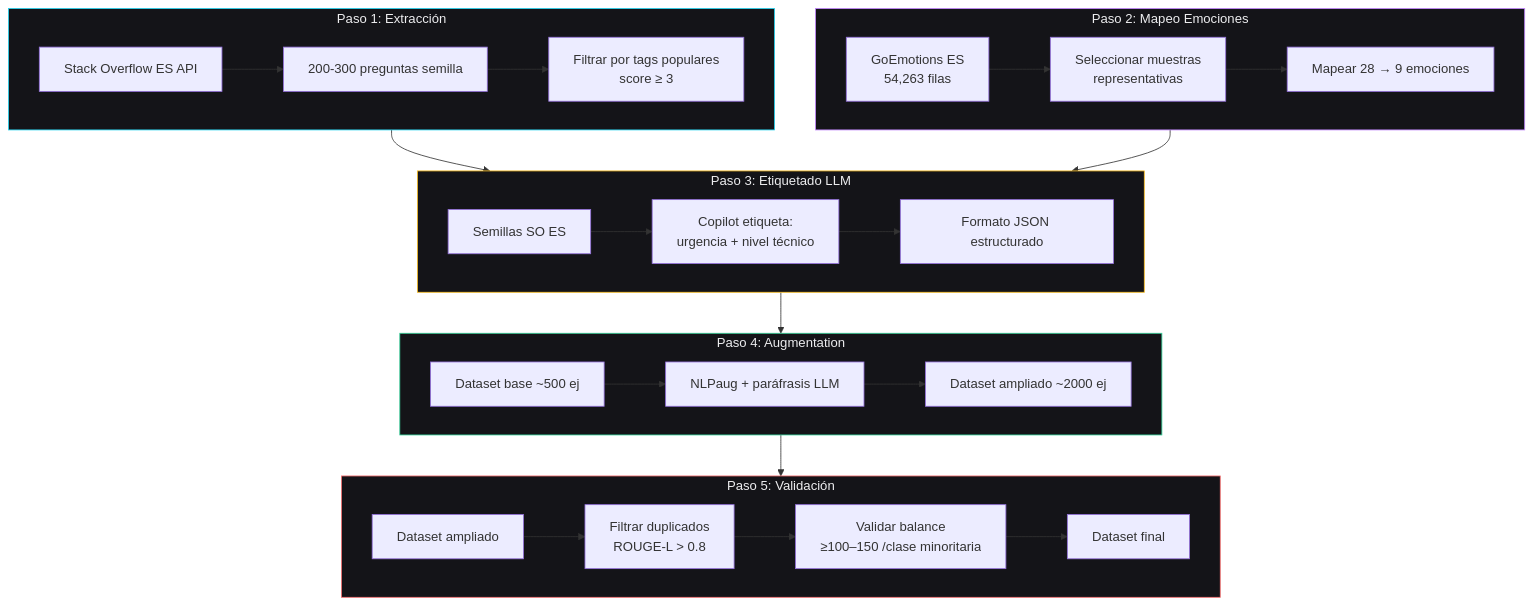
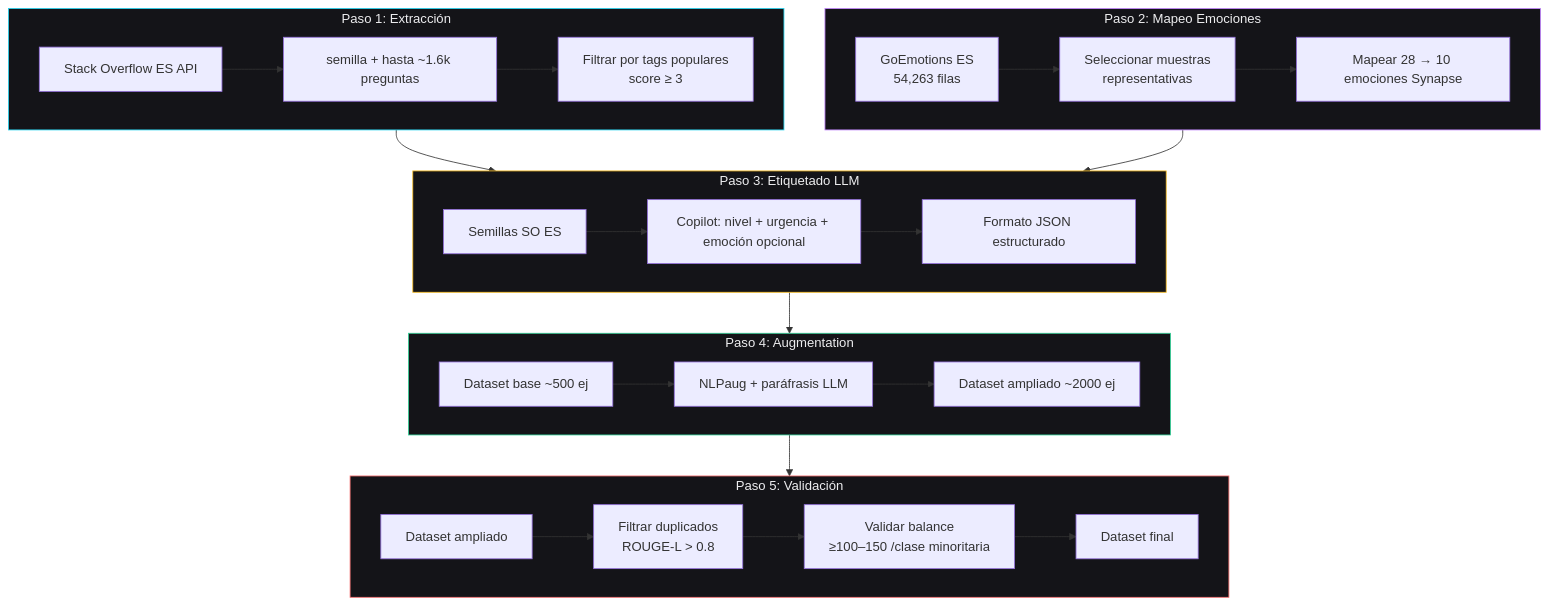
One commit to KarloZ7715/Synapse changed the second of 3 diagrams in docs/03-data-and-state/dataset-plan.md. Above: the diagram before and after it, drawn with Mermaid. The commit also changed other lines of this file and 12 other files, not shown here.

````diff
--- a/docs/03-data-and-state/dataset-plan.md
+++ b/docs/03-data-and-state/dataset-plan.md
@@ -123,39 +139,39 @@
 ```mermaid
 graph TD
     subgraph PASO1["Paso 1: Extracción"]
-        A1[Stack Overflow ES API] --> A2[200-300 preguntas semilla]
+        A1[Stack Overflow ES API] --> A2[semilla + hasta ~1.6k preguntas]
         A2 --> A3[Filtrar por tags populares<br/>score ≥ 3]
     end
 
     subgraph PASO2["Paso 2: Mapeo Emociones"]
         B1[GoEmotions ES<br/>54,263 filas] --> B2[Seleccionar muestras<br/>representativas]
-        B2 --> B3[Mapear 28 → 9 emociones]
+        B2 --> B3[Mapear 28 → 10 emociones Synapse]
     end
 
     subgraph PASO3["Paso 3: Etiquetado LLM"]
-        C1[Semillas SO ES] --> C2[Copilot etiqueta:<br/>urgencia + nivel técnico]
+        C1[Semillas SO ES] --> C2[Copilot: nivel + urgencia + emoción opcional]
         C2 --> C3[Formato JSON estructurado]
     end
 
     subgraph PASO4["Paso 4: Augmentation"]
         D1[Dataset base ~500 ej] --> D2[NLPaug + paráfrasis LLM]
         D2 --> D3[Dataset ampliado ~2000 ej]
     end
 
     subgraph PASO5["Paso 5: Validación"]
         E1[Dataset ampliado] --> E2[Filtrar duplicados<br/>ROUGE-L > 0.8]
         E2 --> E3[Validar balance<br/>≥100–150 /clase minoritaria]
         E3 --> E4[Dataset final]
     end
 
     PASO1 --> PASO3
     PASO2 --> PASO3
     PASO3 --> PASO4
     PASO4 --> PASO5
 
     style PASO1 fill:#141418,stroke:#22d3ee,color:#ededef
     style PASO2 fill:#141418,stroke:#c084fc,color:#ededef
     style PASO3 fill:#141418,stroke:#fbbf24,color:#ededef
     style PASO4 fill:#141418,stroke:#34d399,color:#ededef
     style PASO5 fill:#141418,stroke:#f87171,color:#ededef
 ```
````
